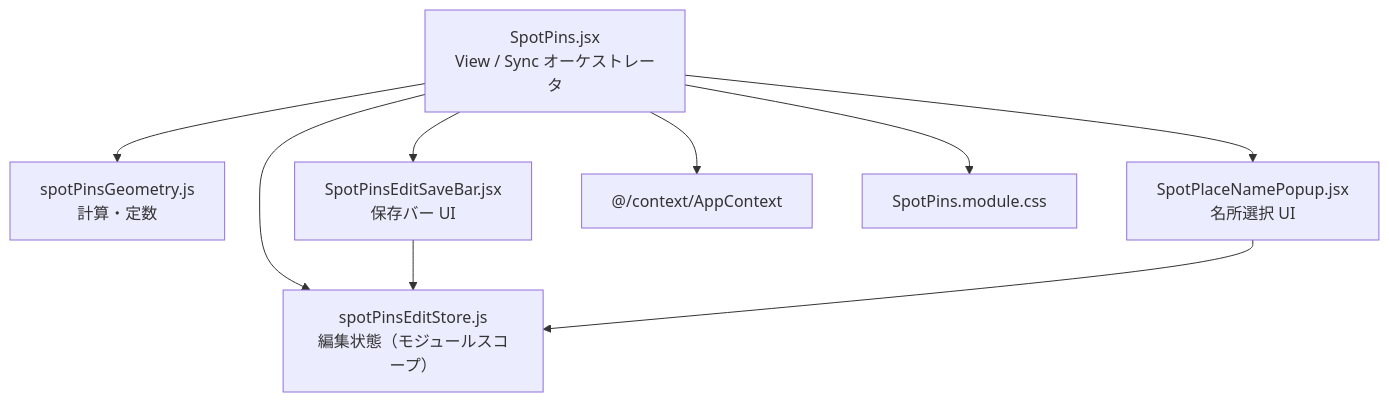
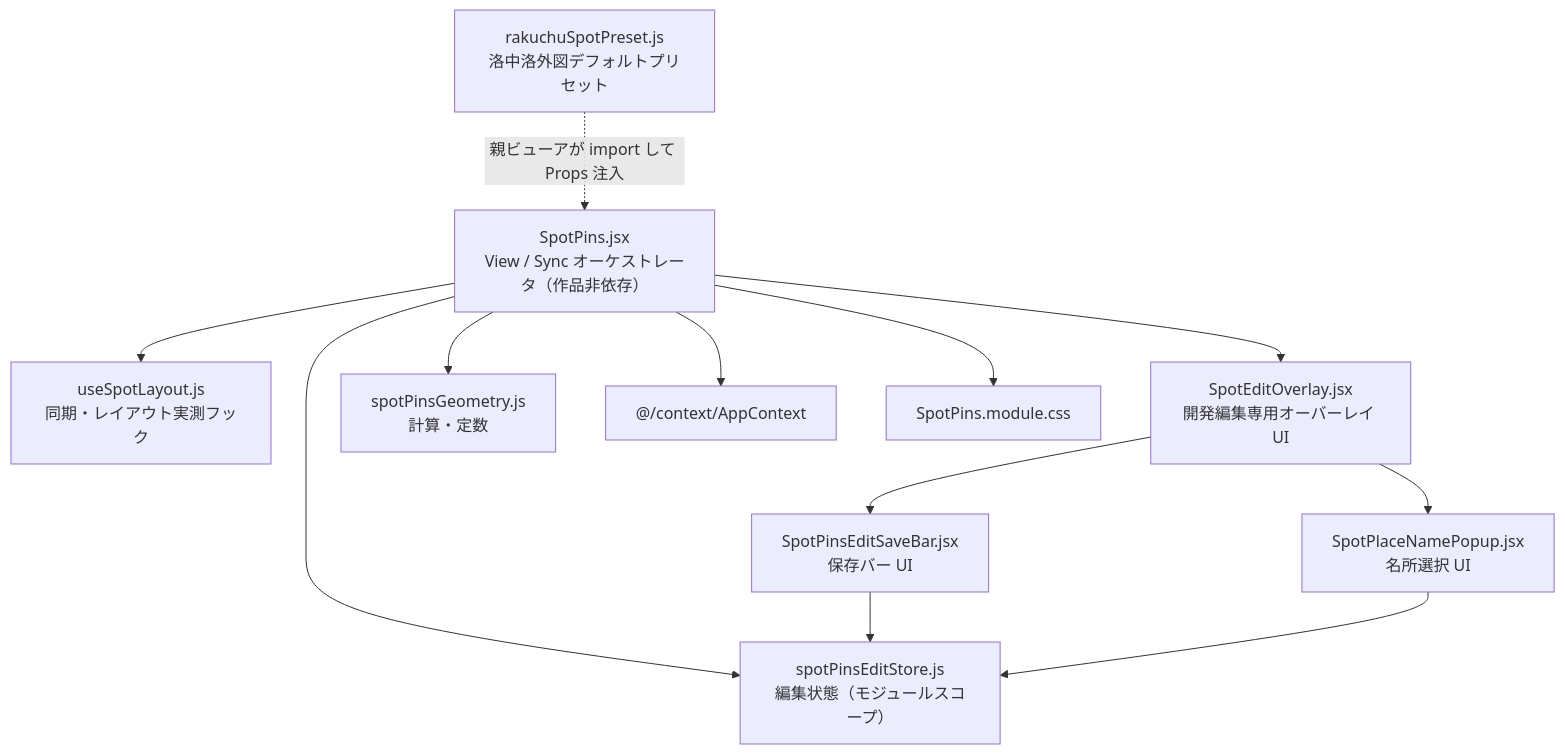
The first of 2 diagrams in src/components/emaki/viewer/spotPins/SPEC.md (satoshi-create/emakimono-next), drawn with Mermaid before and after one commit. The commit also changed other lines of this file and 4 other files, not shown here.

Commit message:
refactor(SpotPins): extract SpotEditOverlay, useSpotLayout, and rakuchuSpotPreset

````diff
--- a/src/components/emaki/viewer/spotPins/SPEC.md
+++ b/src/components/emaki/viewer/spotPins/SPEC.md
@@ -11,17 +11,23 @@
 ```mermaid
 graph TD
-  SpotPins["SpotPins.jsx<br/>View / Sync オーケストレータ"]
+  SpotPins["SpotPins.jsx<br/>View / Sync オーケストレータ（作品非依存）"]
+  Layout["useSpotLayout.js<br/>同期・レイアウト実測フック"]
+  EditOverlay["SpotEditOverlay.jsx<br/>開発編集専用オーバーレイ UI"]
+  Preset["rakuchuSpotPreset.js<br/>洛中洛外図デフォルトプリセット"]
   Geo["spotPinsGeometry.js<br/>計算・定数"]
   Store["spotPinsEditStore.js<br/>編集状態（モジュールスコープ）"]
   Popup["SpotPlaceNamePopup.jsx<br/>名所選択 UI"]
   SaveBar["SpotPinsEditSaveBar.jsx<br/>保存バー UI"]
 
+  SpotPins --> Layout
   SpotPins --> Geo
   SpotPins --> Store
-  SpotPins --> Popup
-  SpotPins --> SaveBar
+  SpotPins --> EditOverlay
+  EditOverlay --> Popup
+  EditOverlay --> SaveBar
   SaveBar --> Store
   Popup --> Store
   SpotPins --> AppContext["@/context/AppContext"]
   SpotPins --> Styles["SpotPins.module.css"]
+  Preset -.->|"親ビューアが import して Props 注入"| SpotPins
 ```
````
